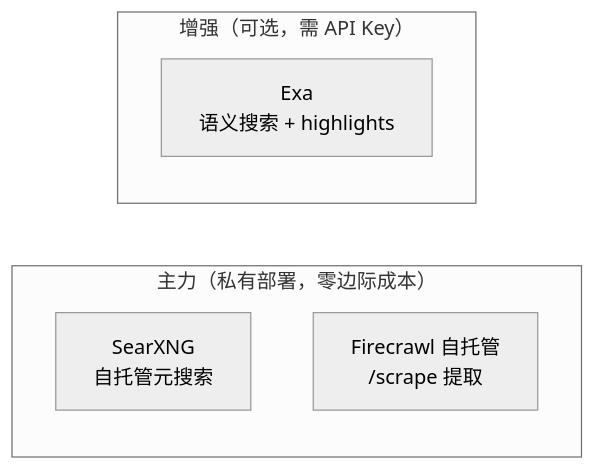
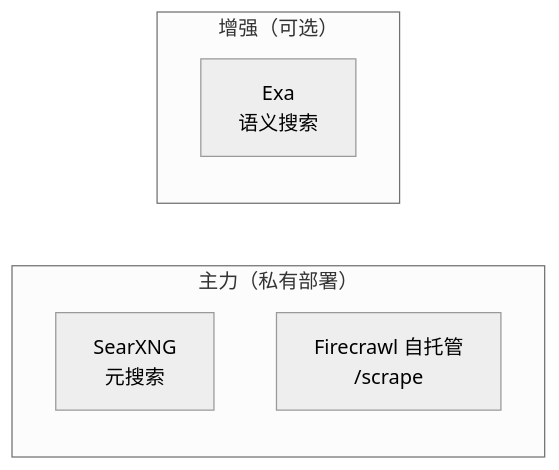
The fourth of 10 diagrams in docs/ROADMAP.md (int2t05/Cognik), drawn with Mermaid (neutral theme) before and after one commit. The commit also changed other lines of this file, not shown here.

First line of the commit message:
docs(roadmap): 全量更新 — 新增 V1.5 知识库组织 + 简洁纯净

````diff
--- a/docs/ROADMAP.md
+++ b/docs/ROADMAP.md
@@ -252,10 +237,10 @@
 ```mermaid
 flowchart LR
-    subgraph 主力["主力（私有部署，零边际成本）"]
-        SX["SearXNG<br/>自托管元搜索"]
-        FC["Firecrawl 自托管<br/>/scrape 提取"]
+    subgraph 主力["主力（私有部署）"]
+        SX["SearXNG<br/>元搜索"]
+        FC["Firecrawl 自托管<br/>/scrape"]
     end
-    subgraph 增强["增强（可选，需 API Key）"]
-        EXA["Exa<br/>语义搜索 + highlights"]
+    subgraph 增强["增强（可选）"]
+        EXA["Exa<br/>语义搜索"]
     end
 ```
````
